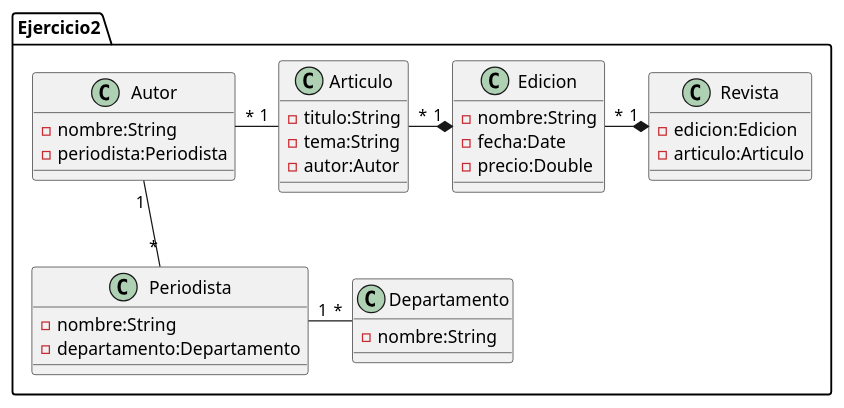
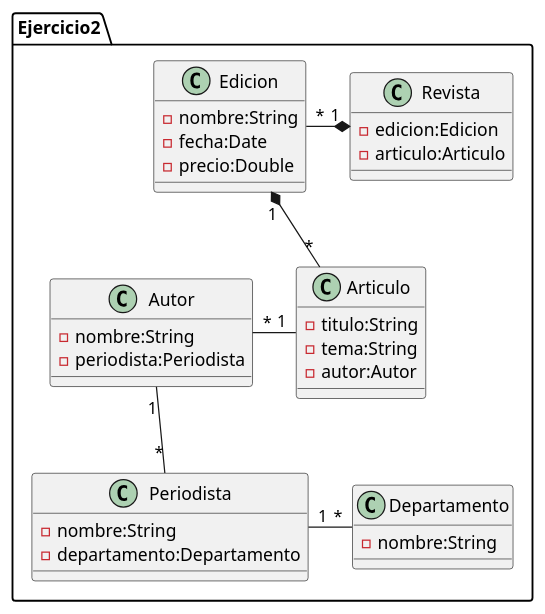
The diagram in Java/src/Ejercicio2.puml (SecondPort/DOO1), drawn with PlantUML before and after one commit.

```diff
--- a/Java/src/Ejercicio2.puml
+++ b/Java/src/Ejercicio2.puml
@@ -8,41 +8,41 @@
 @startuml
 package Ejercicio2{
     class Revista{
         -edicion:Edicion
         -articulo:Articulo
     }
 
     class Edicion{
         -nombre:String
         -fecha:Date
         -precio:Double
     }
 
     class Articulo{
         -titulo:String
         -tema:String
         -autor:Autor
     }
 
     class Autor{
         -nombre:String
         -periodista:Periodista
     }
 
     class Periodista{
         -nombre:String
         -departamento:Departamento
     }
 
     class Departamento{
         -nombre:String
     }
 }
 
 Revista "1" *-left- "*" Edicion
-Edicion "1" *-left- "*" Articulo
+Edicion "1" *-- "*" Articulo
 Articulo "1" -left- "*" Autor
 Autor "1" -down- "*" Periodista
 Periodista "1" -right- "*" Departamento
 
 @enduml
```
